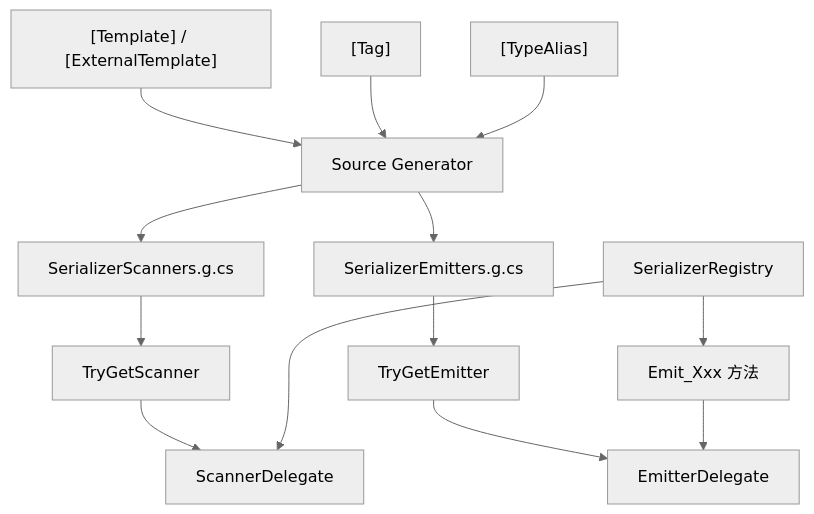
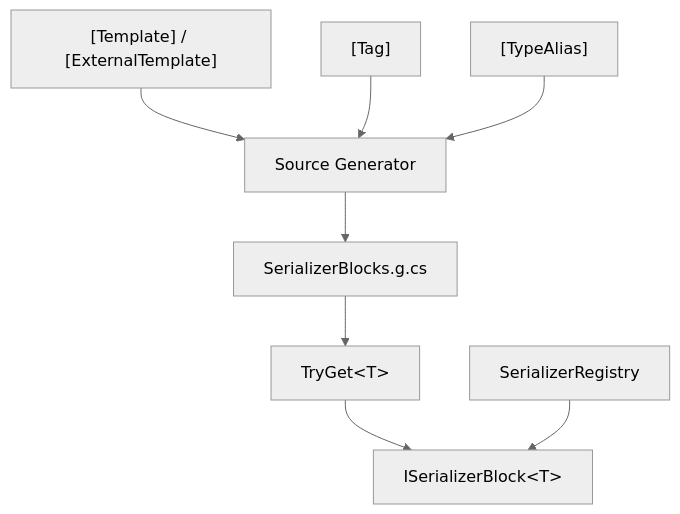
One commit to twds0x13/SourceSerializer changed the diagram in docs/api/index.md. Above: the diagram before and after it, drawn with Mermaid (neutral theme). The commit also changed other lines of this file and 20 other files, not shown here.

First line of the commit message:
docs: sync documentation to SerializerBlocks API

````diff
--- a/docs/api/index.md
+++ b/docs/api/index.md
@@ -23,15 +24,10 @@
 ```mermaid
 flowchart TD
     A["[Template] / [ExternalTemplate]"] --> B[Source Generator]
     C["[Tag]"] --> B
     D["[TypeAlias]"] --> B
-    B --> E[SerializerScanners.g.cs]
-    B --> E2[SerializerEmitters.g.cs]
-    E --> F[TryGetScanner]
-    F --> G[ScannerDelegate]
+    B --> E[SerializerBlocks.g.cs]
+    E --> F[TryGet&lt;T&gt;]
+    F --> G[ISerializerBlock&lt;T&gt;]
     H[SerializerRegistry] --> G
-    E2 --> K[TryGetEmitter]
-    K --> J[EmitterDelegate]
-    H --> I[Emit_Xxx 方法]
-    I --> J
 ```
````
